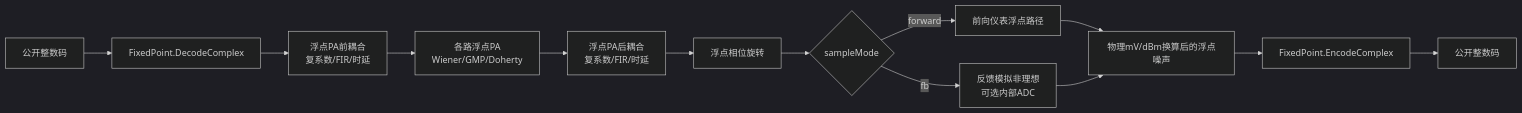
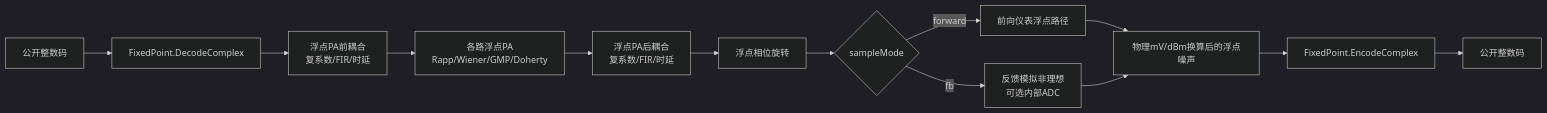
The third of 4 diagrams in doc/FixedPoint.md (niyilu45/DPD_ILC), drawn with Mermaid (dark theme) before and after one commit. The commit also changed 29 other files, not shown here.

````diff
--- a/doc/FixedPoint.md
+++ b/doc/FixedPoint.md
@@ -205,15 +205,15 @@
 ```mermaid
 flowchart LR
     publicInput["公开整数码"] --> decode["FixedPoint.DecodeComplex"]
     decode --> pre["浮点PA前耦合<br/>复系数/FIR/时延"]
-    pre --> pa["各路浮点PA<br/>Wiener/GMP/Doherty"]
+    pre --> pa["各路浮点PA<br/>Rapp/Wiener/GMP/Doherty"]
     pa --> post["浮点PA后耦合<br/>复系数/FIR/时延"]
     post --> phase["浮点相位旋转"]
     phase --> mode{"sampleMode"}
     mode -->|forward| forward["前向仪表浮点路径"]
     mode -->|fb| fb["反馈模拟非理想<br/>可选内部ADC"]
     forward --> noise["物理mV/dBm换算后的浮点噪声"]
     fb --> noise
     noise --> encode["FixedPoint.EncodeComplex"]
     encode --> publicOutput["公开整数码"]
 ```
````
